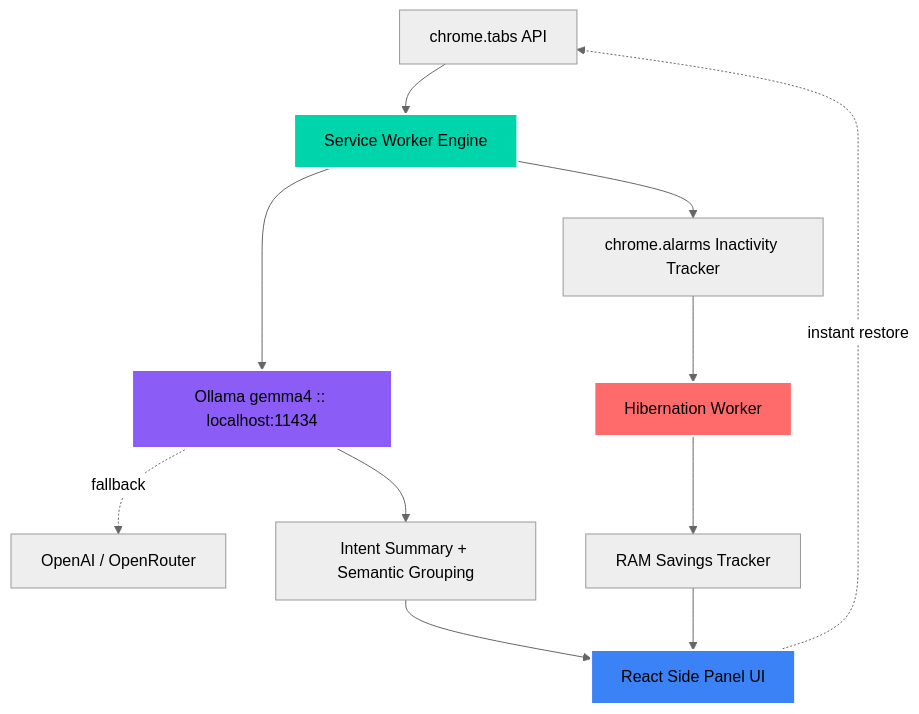
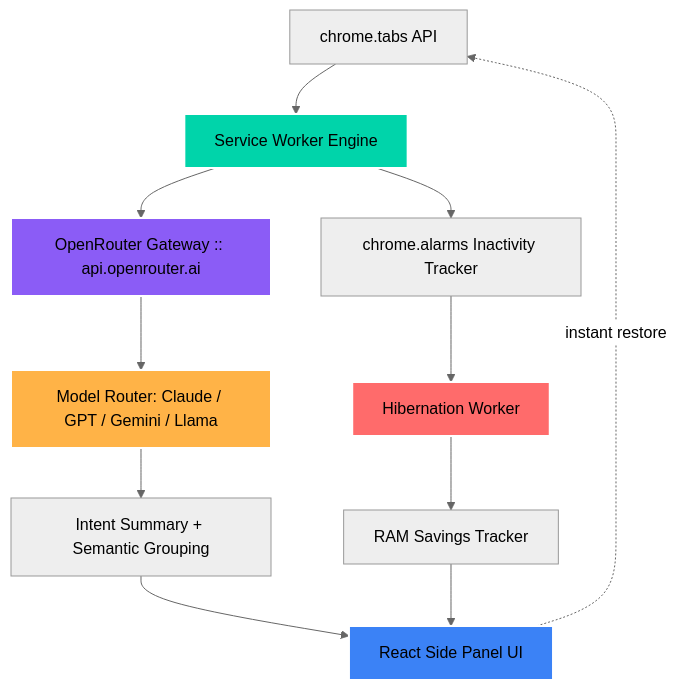
Before and after one commit to sushanth-kumar-prog/Loom: the diagram in README.md, drawn with Mermaid (neutral theme). The commit also changed other lines of this file, not shown here.

````diff
--- a/README.md
+++ b/README.md
@@ -85,18 +85,19 @@
 ```mermaid
 graph TD
     A[chrome.tabs API] --> B[Service Worker Engine]
-    B --> C[Ollama gemma4 :: localhost:11434]
-    C -.->|fallback| D[OpenAI / OpenRouter]
-    C --> E[Intent Summary + Semantic Grouping]
+    B --> C[OpenRouter Gateway :: api.openrouter.ai]
+    C --> D[Model Router: Claude / GPT / Gemini / Llama]
+    D --> E[Intent Summary + Semantic Grouping]
     E --> F[React Side Panel UI]
     B --> G[chrome.alarms Inactivity Tracker]
     G --> H[Hibernation Worker]
     H --> I[RAM Savings Tracker]
     I --> F
     F -.->|instant restore| A
 
     style B fill:#00D4AA,stroke:#fff,stroke-width:2px
     style C fill:#8B5CF6,stroke:#fff,stroke-width:2px
+    style D fill:#FFB347,stroke:#fff,stroke-width:2px
     style F fill:#3B82F6,stroke:#fff,stroke-width:2px
     style H fill:#FF6B6B,stroke:#fff,stroke-width:2px
 ```
````
